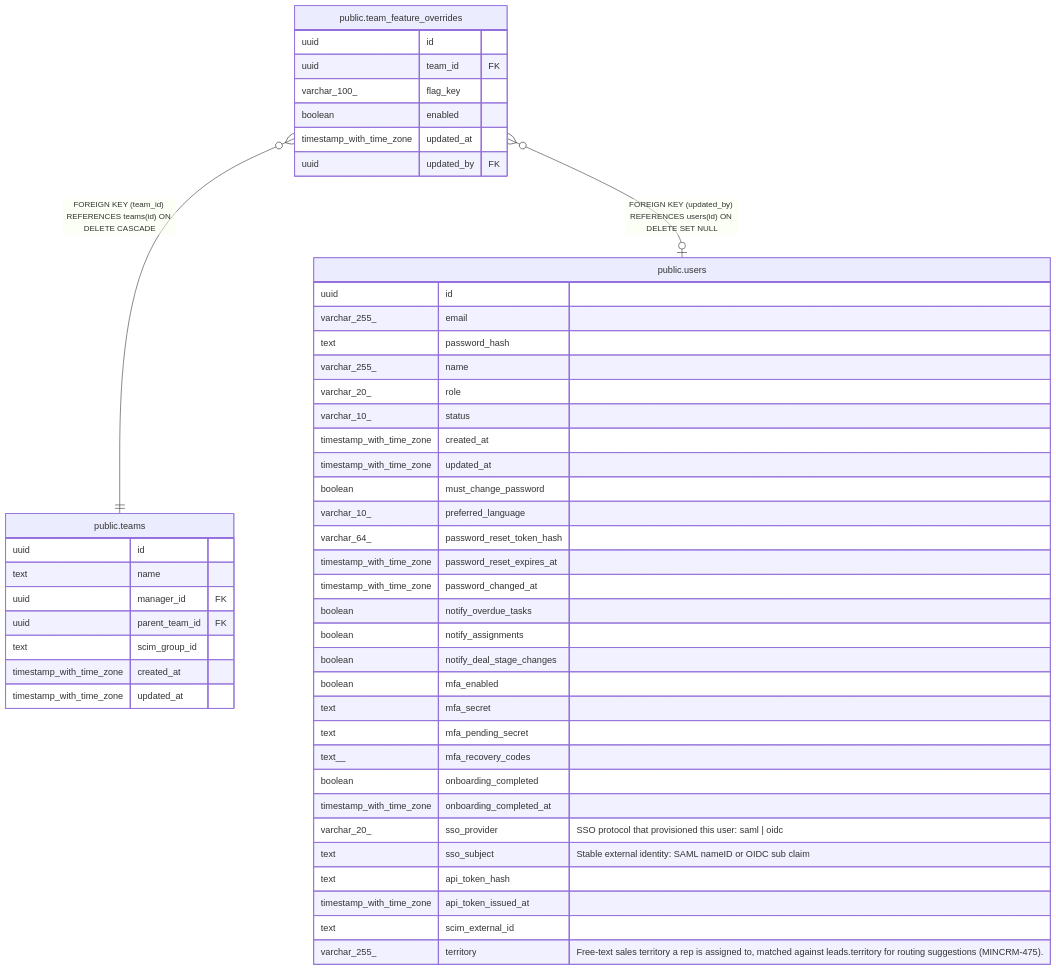
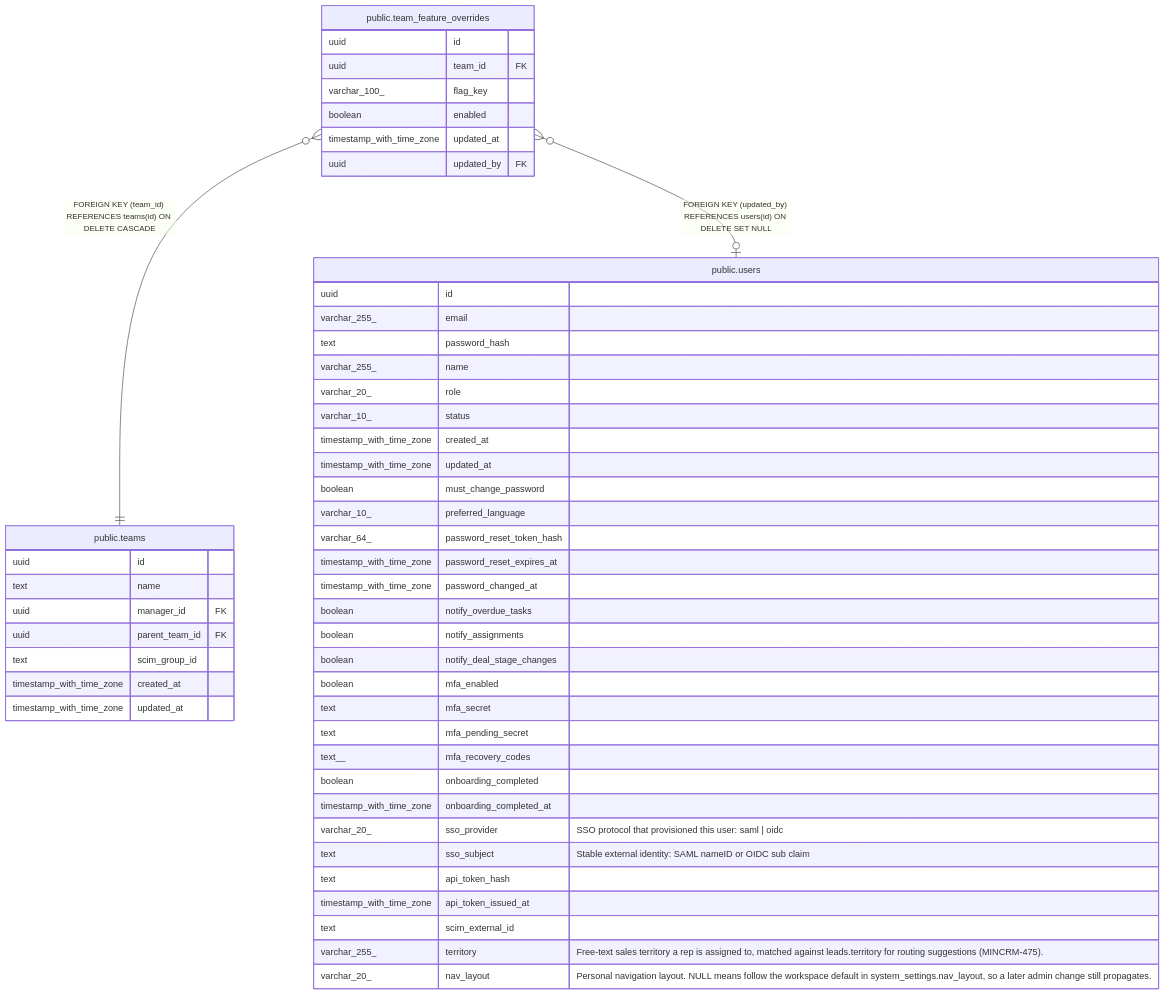
One commit to rkseattle/minicrm changed the diagram in docs/schema/public.team_feature_overrides.md. Above: the diagram before and after it, drawn with Mermaid. The commit also changed 53 other files, not shown here.

First line of the commit message:
feat(db): add nullable nav_layout column to users (MINCRM-737)

````diff
--- a/docs/schema/public.team_feature_overrides.md
+++ b/docs/schema/public.team_feature_overrides.md
@@ -37,54 +37,55 @@
 ```mermaid
 erDiagram
 
 "public.team_feature_overrides" }o--|| "public.teams" : "FOREIGN KEY (team_id) REFERENCES teams(id) ON DELETE CASCADE"
 "public.team_feature_overrides" }o--o| "public.users" : "FOREIGN KEY (updated_by) REFERENCES users(id) ON DELETE SET NULL"
 
 "public.team_feature_overrides" {
   uuid id ""
   uuid team_id FK ""
   varchar_100_ flag_key ""
   boolean enabled ""
   timestamp_with_time_zone updated_at ""
   uuid updated_by FK ""
 }
 "public.teams" {
   uuid id ""
   text name ""
   uuid manager_id FK ""
   uuid parent_team_id FK ""
   text scim_group_id ""
   timestamp_with_time_zone created_at ""
   timestamp_with_time_zone updated_at ""
 }
 "public.users" {
   uuid id ""
   varchar_255_ email ""
   text password_hash ""
   varchar_255_ name ""
   varchar_20_ role ""
   varchar_10_ status ""
   timestamp_with_time_zone created_at ""
   timestamp_with_time_zone updated_at ""
   boolean must_change_password ""
   varchar_10_ preferred_language ""
   varchar_64_ password_reset_token_hash ""
   timestamp_with_time_zone password_reset_expires_at ""
   timestamp_with_time_zone password_changed_at ""
   boolean notify_overdue_tasks ""
   boolean notify_assignments ""
   boolean notify_deal_stage_changes ""
   boolean mfa_enabled ""
   text mfa_secret ""
   text mfa_pending_secret ""
   text__ mfa_recovery_codes ""
   boolean onboarding_completed ""
   timestamp_with_time_zone onboarding_completed_at ""
   varchar_20_ sso_provider "SSO protocol that provisioned this user: saml | oidc"
   text sso_subject "Stable external identity: SAML nameID or OIDC sub claim"
   text api_token_hash ""
   timestamp_with_time_zone api_token_issued_at ""
   text scim_external_id ""
   varchar_255_ territory "Free-text sales territory a rep is assigned to, matched against leads.territory for routing suggestions (MINCRM-475)."
+  varchar_20_ nav_layout "Personal navigation layout. NULL means follow the workspace default in system_settings.nav_layout, so a later admin change still propagates."
 }
 ```
````
